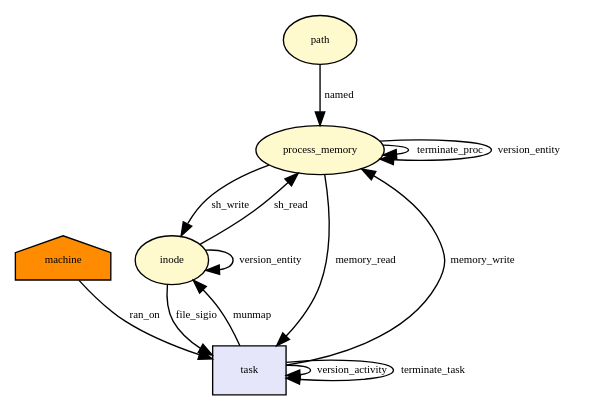
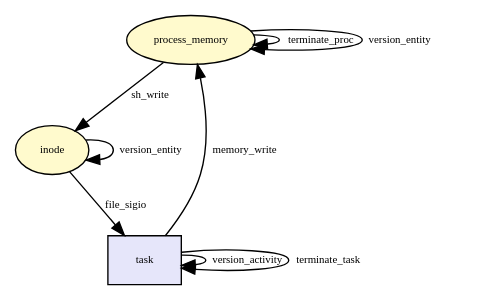
Before and after one commit to CamFlow/camflow-dev: the diagram in docs/dot/__x64_sys_munmap.dot, drawn with Graphviz. The commit also changed 43 other files, not shown here.

```diff
--- a/docs/dot/__x64_sys_munmap.dot
+++ b/docs/dot/__x64_sys_munmap.dot
@@ -1,37 +1,23 @@
 digraph RGL__DirectedAdjacencyGraph {process_memory[fontsize = 8,label = process_memory,shape = ellipse, fillcolor="#fffacd", style = filled]
 
 process_memory -> process_memory[fontsize = 8,label = terminate_proc]
 
 inode[fontsize = 8,label = inode,shape = ellipse, fillcolor="#fffacd", style = filled]
 
 task[fontsize = 8,label = task,shape = rectangle, fillcolor="#e6e6fa", style = filled]
 
 inode -> task[fontsize = 8,label = file_sigio]
 
 task -> process_memory[fontsize = 8,label = memory_write]
 
 task -> task[fontsize = 8,label = version_activity]
 
 process_memory -> process_memory[fontsize = 8,label = version_entity]
 
 process_memory -> inode[fontsize = 8,label = sh_write]
 
 inode -> inode[fontsize = 8,label = version_entity]
 
-path[fontsize = 8,label = path,shape = ellipse, fillcolor="#fffacd", style = filled]
-
-path -> process_memory[fontsize = 8,label = named]
-
-machine[fontsize = 8,label = machine,shape = house, fillcolor="#ff8c00", style = filled]
-
-machine -> task[fontsize = 8,label = ran_on]
-
-process_memory -> task[fontsize = 8,label = memory_read]
-
-task -> inode[fontsize = 8,label = munmap]
-
-inode -> process_memory[fontsize = 8,label = sh_read]
-
 task -> task[fontsize = 8,label = terminate_task]
 
 }
```
